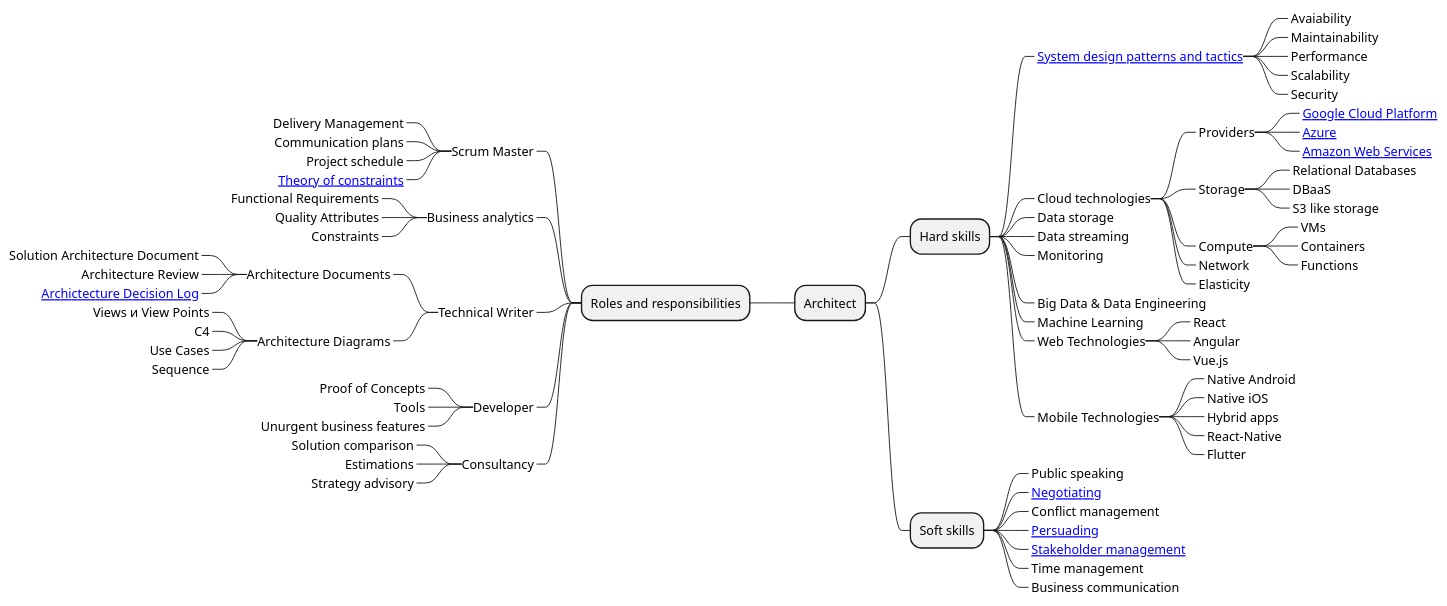
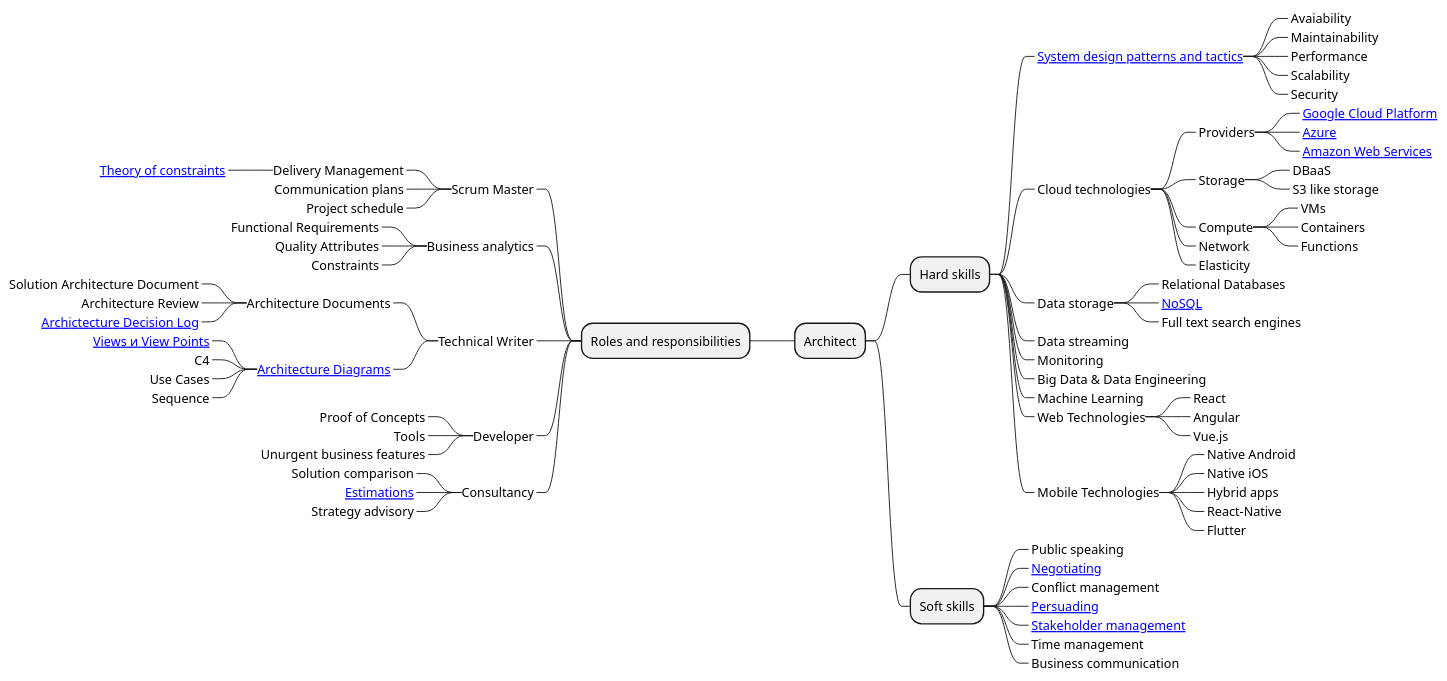
One commit to vvsevolodovich/solution-architect-roadmap changed the diagram in roadmap-en.puml. Above: the diagram before and after it, drawn with PlantUML.

```diff
--- a/roadmap-en.puml
+++ b/roadmap-en.puml
@@ -1,85 +1,87 @@
 @startmindmap
 * Architect
 
 right side 
 
 ** Hard skills
 ***_ [[https://www.amazon.com/Software-Architecture-Practice-3rd-Engineering/dp/0321815734 System design patterns and tactics]]
 ****_ Avaiability
 ****_ Maintainability
 ****_ Performance
 ****_ Scalability
 ****_ Security
 ***_ Cloud technologies
 ****_ Providers
 *****_ [[https://cloud.google.com/gcp Google Cloud Platform]]
 *****_ [[https://azure.microsoft.com/en-us/ Azure]]
 *****_ [[https://aws.amazon.com/ Amazon Web Services]] 
 ****_ Storage
-*****_ Relational Databases
 *****_ DBaaS
 *****_ S3 like storage
 ****_ Compute
 *****_ VMs
 *****_ Containers
 *****_ Functions
 ****_ Network
 ****_ Elasticity
 ***_ Data storage
+****_ Relational Databases
+****_ [[https://martinfowler.com/books/nosql.html NoSQL]]
+****_ Full text search engines
 ***_ Data streaming
 ***_ Monitoring
 ***_ Big Data & Data Engineering
 ***_ Machine Learning
 ***_ Web Technologies
 ****_ React
 ****_ Angular
 ****_ Vue.js
 ***_ Mobile Technologies
 ****_ Native Android
 ****_ Native iOS
 ****_ Hybrid apps
 ****_ React-Native
 ****_ Flutter
 
 ** Soft skills
 ***_ Public speaking
 ***_ [[https://www.coursera.org/learn/negotiation-skills Negotiating]]
 ***_ Conflict management
 ***_ [[https://www.youtube.com/watch?v=cFdCzN7RYbw Persuading]]
 ***_ [[https://www.amazon.com/Practical-Project-Stakeholder-Management-Comprehensive/dp/1549517929 Stakeholder management]]
 ***_ Time management
 ***_ Business communication
 
 left side 
 
 ** Roles and responsibilities
 ***_ Scrum Master
 ****_ Delivery Management
+*****_ [[https://en.wikipedia.org/wiki/Theory_of_constraints Theory of constraints]]
 ****_ Communication plans
 ****_ Project schedule
-****_ [[https://en.wikipedia.org/wiki/Theory_of_constraints Theory of constraints]]
 ***_ Business analytics
 ****_ Functional Requirements
 ****_ Quality Attributes
 ****_ Constraints
 ***_ Technical Writer
 ****_ Architecture Documents
 *****_ Solution Architecture Document
 *****_ Architecture Review
 *****_ [[https://github.com/joelparkerhenderson/architecture-decision-record Archictecture Decision Log]]
-****_ Architecture Diagrams
-*****_ Views и View Points
+****_ [[https://vvsevolodovich.dev/5-diagrams-to-document-software-architecture/ Architecture Diagrams]]
+*****_ [[https://www.amazon.com/Documenting-Software-Architectures-Views-Beyond/dp/0321552687 Views и View Points]]
 *****_ C4
 *****_ Use Cases
 *****_ Sequence
 ***_ Developer
 ****_ Proof of Concepts
 ****_ Tools
 ****_ Unurgent business features
 ***_ Consultancy
 ****_ Solution comparison
-****_ Estimations
+****_ [[https://vvsevolodovich.dev/how-to-estimate-software-projects-chapter-1/ Estimations]]
 ****_ Strategy advisory
 
 
 @endmindmap
```
